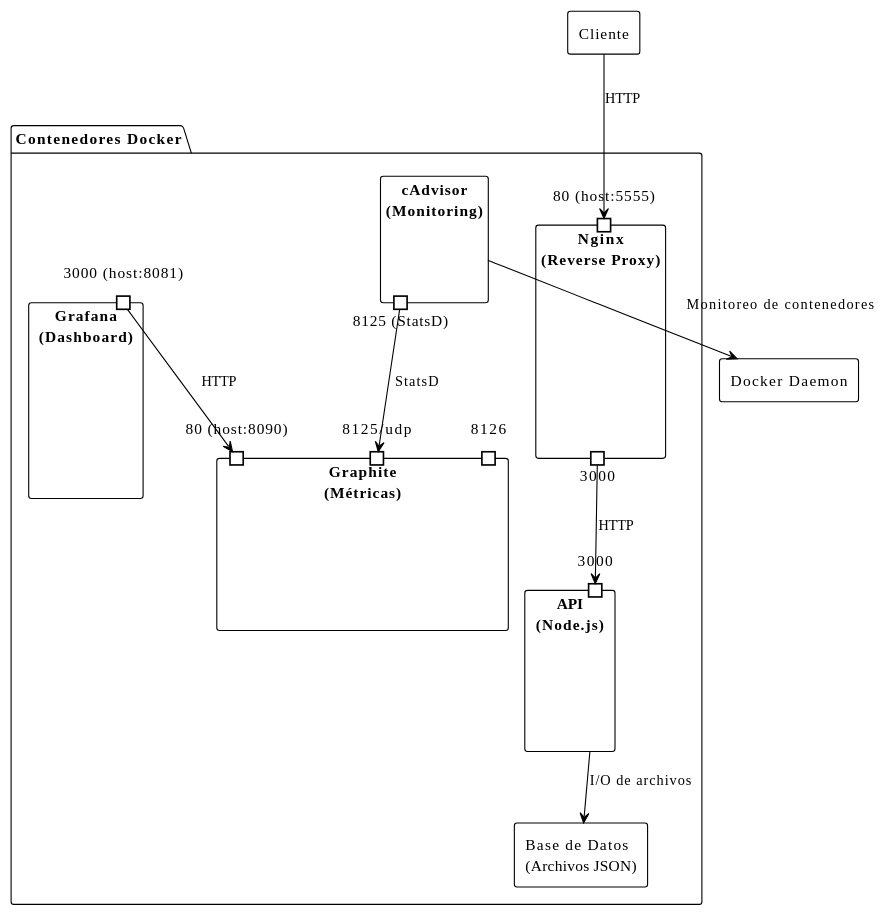
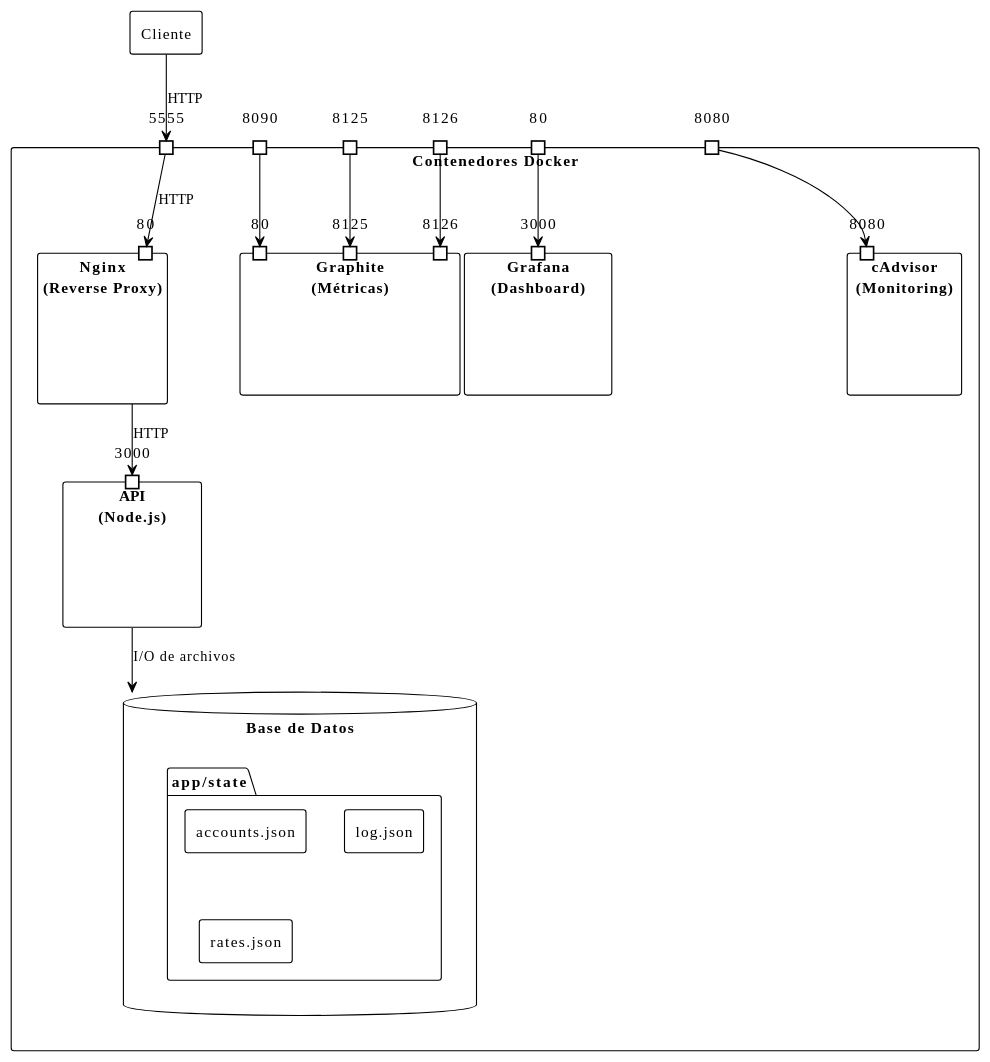
One commit to fiuba-arq-soft/2c25-tp-1 changed the diagram in docs/informe.org. Above: the diagram before and after it, drawn with PlantUML. The commit also changed other lines of this file and 3 other files, not shown here.

```diff
--- a/docs/informe.org
+++ b/docs/informe.org
@@ -38,36 +38,56 @@
 #+BEGIN_SRC plantuml :file assets/componentes.png :exports results
 @startuml
 !theme plain
 skinparam componentStyle rectangle
 
 component "Cliente" as Client
 
-package "Contenedores Docker" {
-  component "Nginx\n(Reverse Proxy)" as Nginx {
-    portin "80 (host:5555)" as p_nginx_in
-    portout "3000" as p_nginx_out
-  }
-  component "API\n(Node.js)" as API {
-    portin "3000" as p_api
-  }
-  component "Base de Datos\n(Archivos JSON)" as DB
-  component "cAdvisor\n(Monitoring)" as CAdvisor {
-    portout "8125 (StatsD)" as p_cadvisor
-  }
-  component "Graphite\n(Métricas)" as Graphite {
-    portin "80 (host:8090)" as p_graphite_http
-    portin "8125/udp" as p_graphite_statsd
-    portin "8126" as p_graphite_pickle
-  }
-  component "Grafana\n(Dashboard)" as Grafana {
-    portin "3000 (host:8081)" as p_grafana
-  }
+component "Contenedores Docker" {
+ portin "5555" as p_nginx_host
+
+ portin "8090" as p_graphite_host
+ portin "8125" as p_graphite_statsd_host
+ portin "8126" as p_graphite_statsd_admin
+
+ portin "80" as p_grafana_host
+
+ portin "8080" as p_cadvisor_host
+
+ component "Nginx\n(Reverse Proxy)" as Nginx {
+   portin "80" as p_nginx_docker
+ }
+ component "API\n(Node.js)" as API {
+   portin "3000" as p_api_docker
+ }
+ database "Base de Datos" as DB {
+   folder "app/state" {
+     [accounts.json]
+     [log.json]
+     [rates.json]
+   }
+ }
+
+ component "cAdvisor\n(Monitoring)" as CAdvisor {
+   portin "8080" as p_cadvisor_docker
+ }
+ component "Graphite\n(Métricas)" as Graphite {
+   portin "80" as p_graphite_http_docker
+   portin "8125" as p_graphite_statsd_docker
+   portin "8126" as p_graphite_statds_admin_docker
+ }
+ component "Grafana\n(Dashboard)" as Grafana {
+   portin "3000" as p_grafana_docker
+ }
 }
 
-Client --> p_nginx_in : HTTP
-p_nginx_out --> p_api : HTTP
+Client --> p_nginx_host : HTTP
+p_nginx_host --> p_nginx_docker : HTTP
+Nginx --> p_api_docker : HTTP
 API --> DB : I/O de archivos
-p_cadvisor --> p_graphite_statsd : StatsD
-p_grafana --> p_graphite_http : HTTP
-CAdvisor --> [Docker Daemon] : Monitoreo de contenedores
+
+p_graphite_host --> p_graphite_http_docker
+p_graphite_statsd_host --> p_graphite_statsd_docker
+p_graphite_statsd_admin --> p_graphite_statds_admin_docker
+p_grafana_host --> p_grafana_docker
+p_cadvisor_host --> p_cadvisor_docker
 #+END_SRC
```
